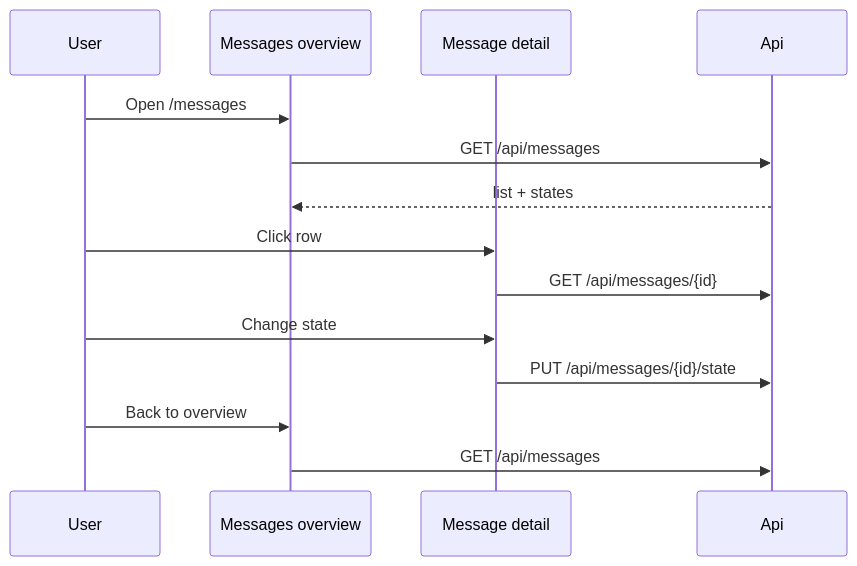
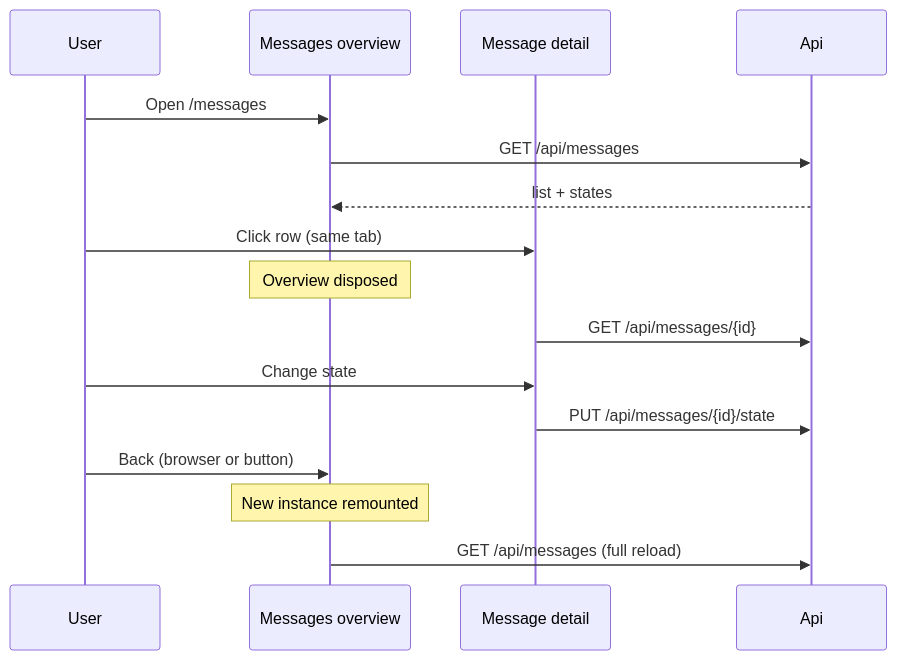
One commit to JobiJoba/mvp-browser-communication-dotnet changed the second of 3 diagrams in MVP-Tab-Communication/MvpAspireMessages/IMPLEMENTATION.md. Above: the diagram before and after it, drawn with Mermaid. The commit also changed other lines of this file and 11 other files, not shown here.

First line of the commit message:
Implement message caching and cross-tab communication in MvpAspireMessages

````diff
--- a/MVP-Tab-Communication/MvpAspireMessages/IMPLEMENTATION.md
+++ b/MVP-Tab-Communication/MvpAspireMessages/IMPLEMENTATION.md
@@ -19,17 +26,19 @@
 ```mermaid
 sequenceDiagram
   participant U as User
   participant O as Messages overview
   participant D as Message detail
   participant A as Api
 
   U->>O: Open /messages
   O->>A: GET /api/messages
   A-->>O: list + states
-  U->>D: Click row
+  U->>D: Click row (same tab)
+  Note over O: Overview disposed
   D->>A: GET /api/messages/{id}
   U->>D: Change state
   D->>A: PUT /api/messages/{id}/state
-  U->>O: Back to overview
-  O->>A: GET /api/messages
+  U->>O: Back (browser or button)
+  Note over O: New instance remounted
+  O->>A: GET /api/messages (full reload)
 ```
````
